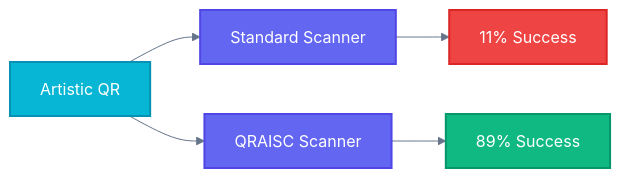
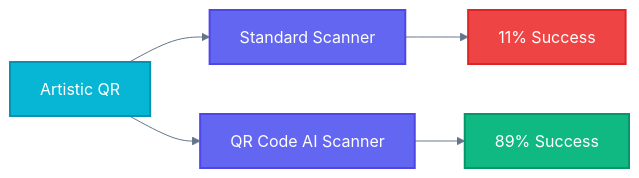
One commit to supernovae-ai/qrai-scanner changed the second of 10 diagrams in README.md. Above: the diagram before and after it, drawn with Mermaid. The commit also changed other lines of this file and 1 other file, not shown here.

First line of the commit message:
docs: standardize naming to "QR Code AI Scanner"

````diff
--- a/README.md
+++ b/README.md
@@ -154,17 +154,17 @@
 ```mermaid
 %%{init: {'theme': 'base', 'themeVariables': {'lineColor': '#64748b'}}}%%
 flowchart LR
-    accTitle: Why QRAISC Scanner
-    accDescr: Comparison between standard scanners and QRAISC
+    accTitle: Standard vs QR Code AI Scanner
+    accDescr: Comparison showing 89% success rate vs 11% for standard scanners
 
     classDef success fill:#10b981,stroke:#059669,stroke-width:2px,color:#ffffff
     classDef error fill:#ef4444,stroke:#dc2626,stroke-width:2px,color:#ffffff
     classDef process fill:#6366f1,stroke:#4f46e5,stroke-width:2px,color:#ffffff
     classDef data fill:#06b6d4,stroke:#0891b2,stroke-width:2px,color:#ffffff
 
     ART[Artistic QR]:::data --> STD[Standard Scanner]:::process
-    ART --> QRAISC[QRAISC Scanner]:::process
+    ART --> SCANNER[QR Code AI Scanner]:::process
 
     STD --> FAIL[11% Success]:::error
-    QRAISC --> WIN[89% Success]:::success
+    SCANNER --> WIN[89% Success]:::success
 ```
````
